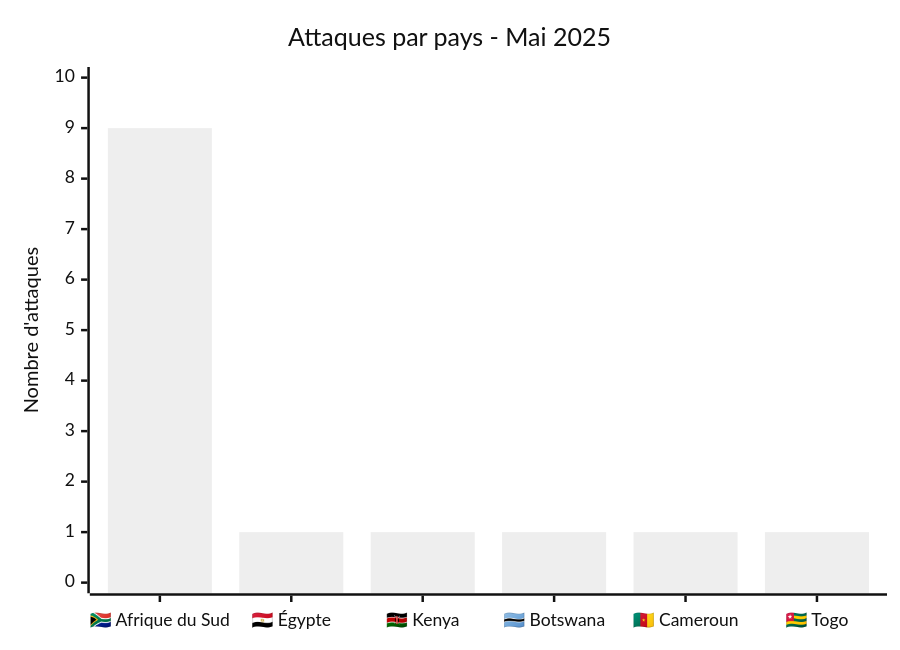
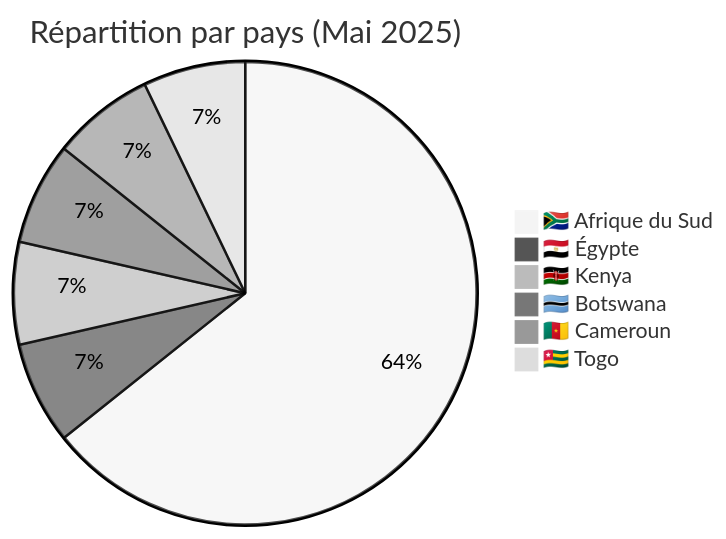
One commit to Hatchepsoute/AFRINTEL changed the third of 4 diagrams in reports/2025/05-may/README_FR.md. Above: the diagram before and after it, drawn with Mermaid (neutral theme). The commit also changed other lines of this file and 2 other files, not shown here.

Commit message:
Rapport CTI : Cyberattaques en Afrique Mai 2025

````diff
--- a/reports/2025/05-may/README_FR.md
+++ b/reports/2025/05-may/README_FR.md
@@ -77,7 +82,9 @@
 ```mermaid
-xychart-beta
-    title "Attaques par pays - Mai 2025"
-    x-axis ["🇿🇦 Afrique du Sud", "🇪🇬 Égypte", "🇰🇪 Kenya", "🇧🇼 Botswana", "🇨🇲 Cameroun", "🇹🇬 Togo"]
-    y-axis "Nombre d'attaques" 0 --> 10
-    bar [9, 1, 1, 1, 1, 1]
+pie title Répartition par pays (Mai 2025)
+    "🇿🇦 Afrique du Sud" : 9
+    "🇪🇬 Égypte" : 1
+    "🇰🇪 Kenya" : 1
+    "🇧🇼 Botswana" : 1
+    "🇨🇲 Cameroun" : 1
+    "🇹🇬 Togo" : 1
 ```
````
